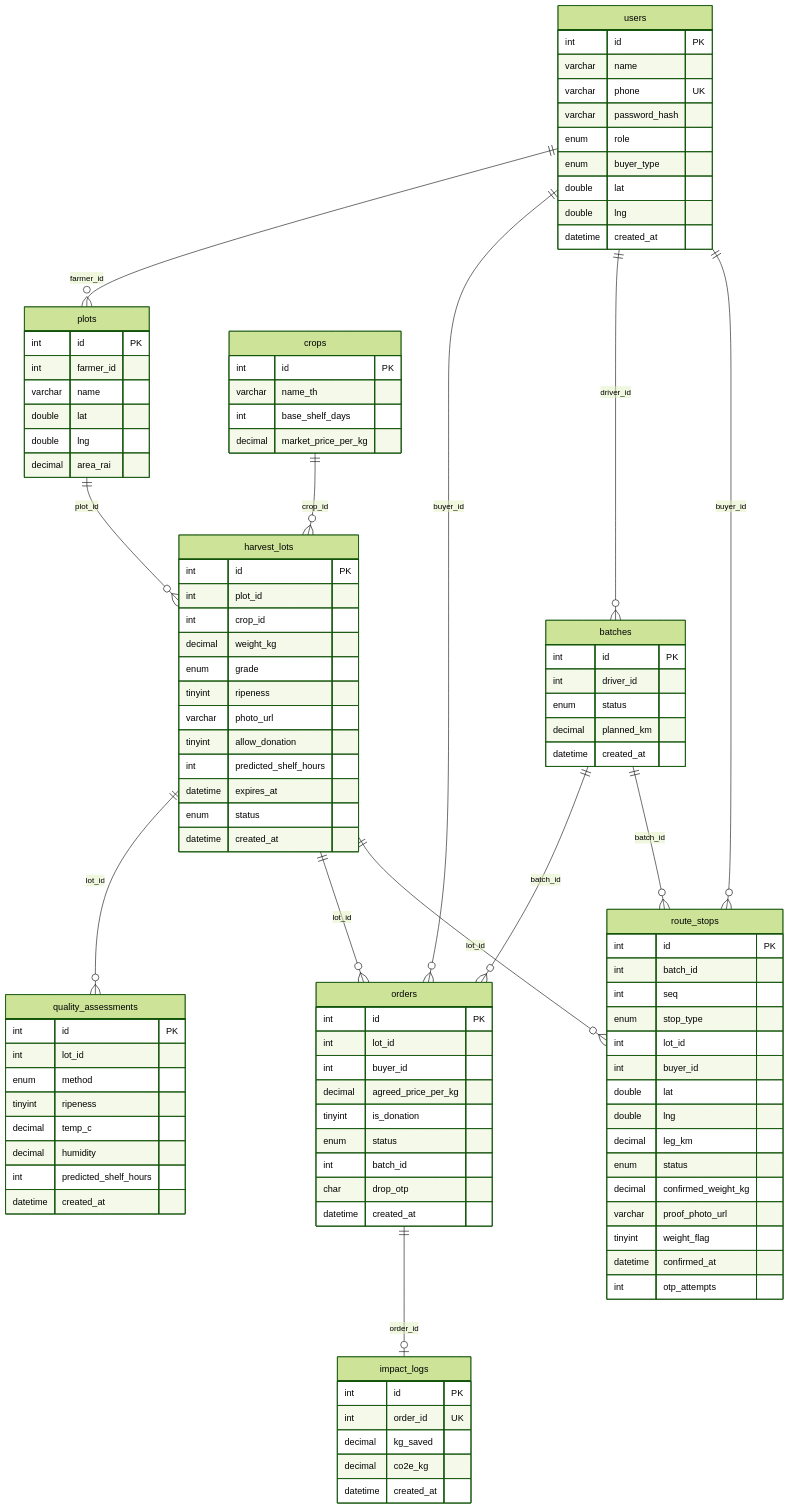
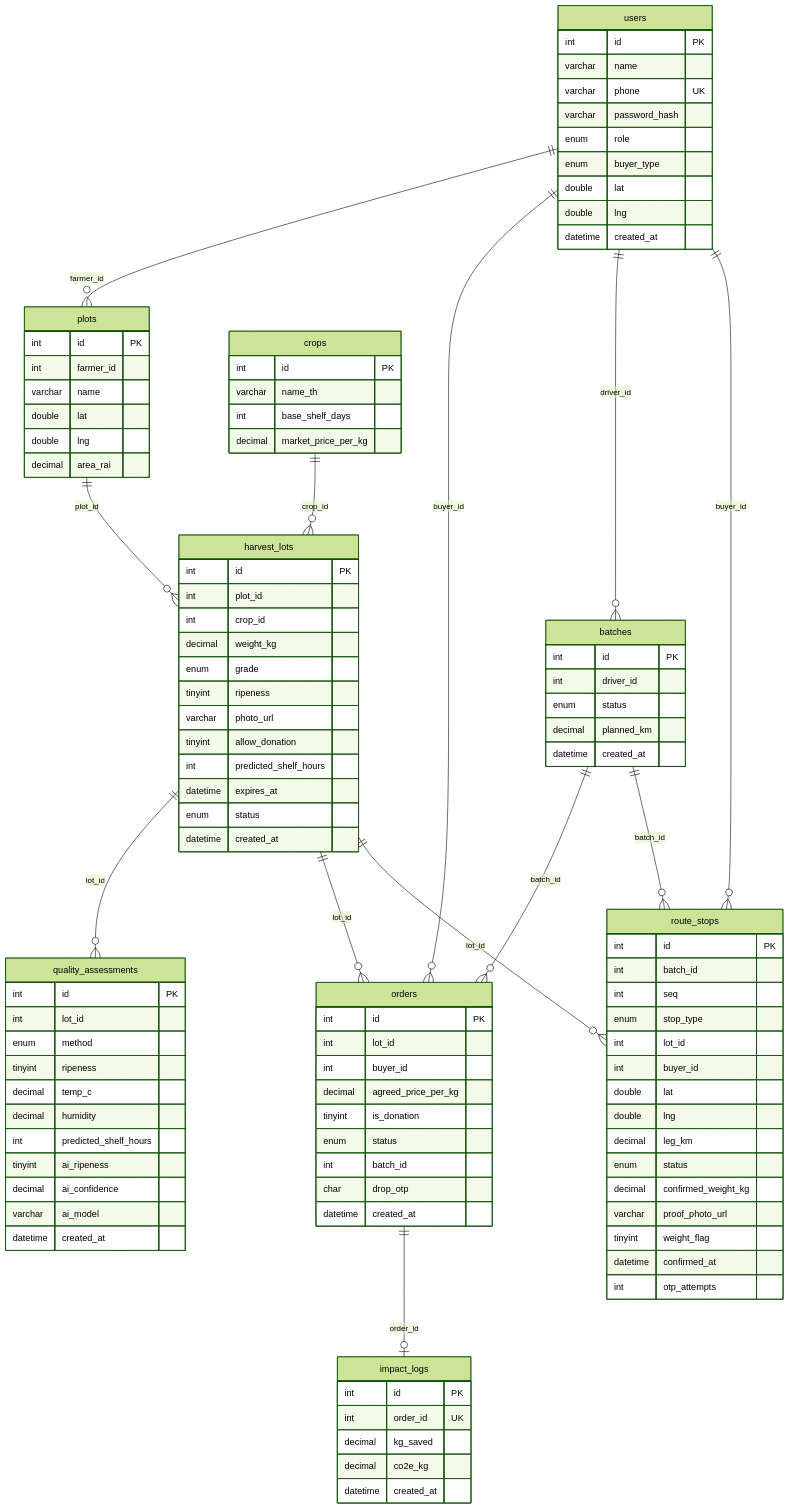
The diagram in docs/bpdd/erd.md (Supawit732/Agri-Rescue), drawn with Mermaid (forest theme) before and after one commit. The commit also changed other lines of this file and 7 other files, not shown here.

```diff
--- a/docs/bpdd/erd.md
+++ b/docs/bpdd/erd.md
@@ -69,6 +69,9 @@
     decimal temp_c
     decimal humidity
     int predicted_shelf_hours
+    tinyint ai_ripeness
+    decimal ai_confidence
+    varchar ai_model
     datetime created_at
   }
 
```
